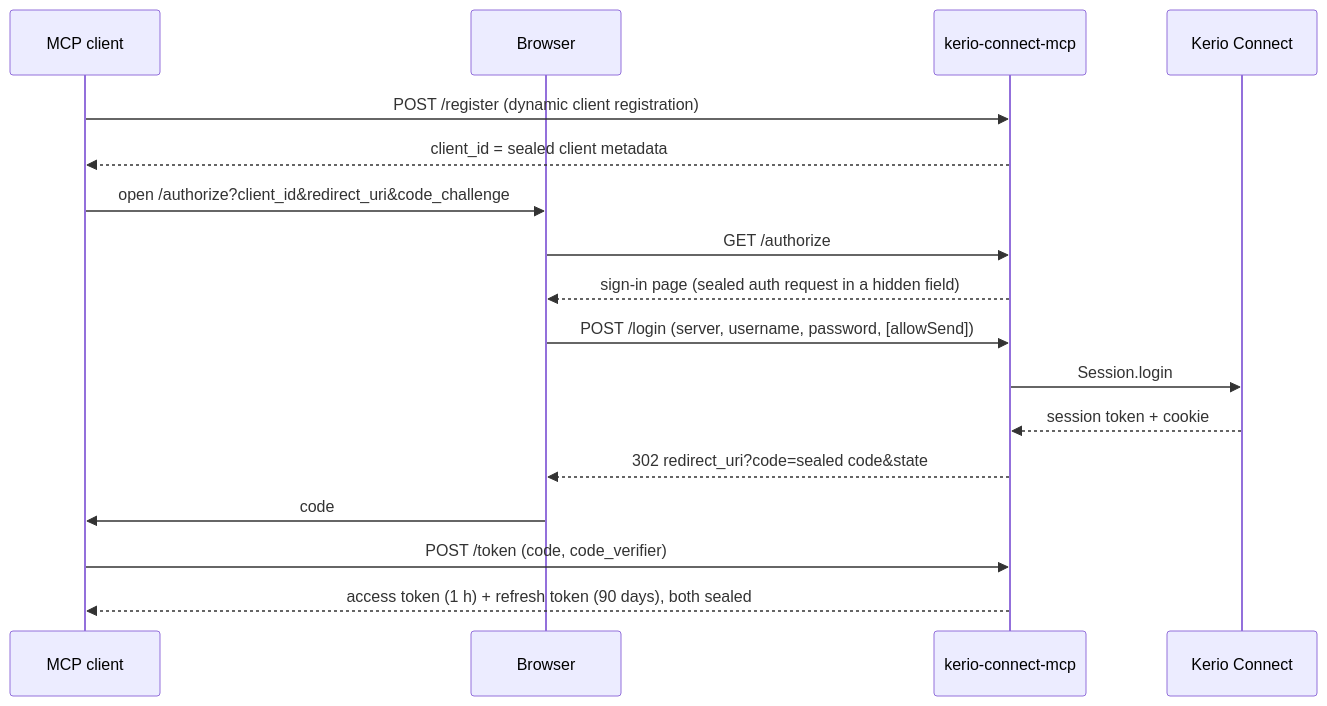
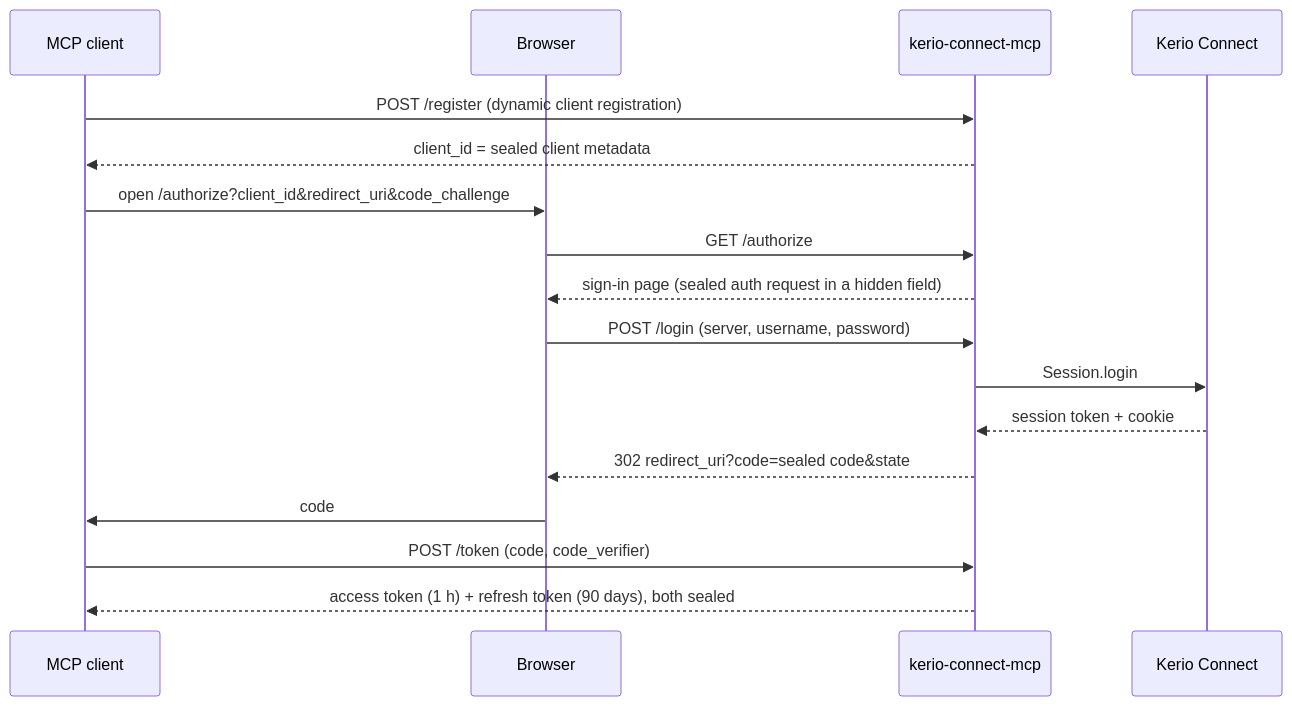
One commit to kostejnv/kerio-connect-mcp changed the second of 2 diagrams in docs/architecture.md. Above: the diagram before and after it, drawn with Mermaid. The commit also changed other lines of this file and 33 other files, not shown here.

````diff
--- a/docs/architecture.md
+++ b/docs/architecture.md
@@ -59,20 +60,20 @@
 ```mermaid
 sequenceDiagram
     participant C as MCP client
     participant B as Browser
     participant S as kerio-connect-mcp
     participant K as Kerio Connect
 
     C->>S: POST /register (dynamic client registration)
     S-->>C: client_id = sealed client metadata
     C->>B: open /authorize?client_id&redirect_uri&code_challenge
     B->>S: GET /authorize
     S-->>B: sign-in page (sealed auth request in a hidden field)
-    B->>S: POST /login (server, username, password, [allowSend])
+    B->>S: POST /login (server, username, password)
     S->>K: Session.login
     K-->>S: session token + cookie
     S-->>B: 302 redirect_uri?code=sealed code&state
     B->>C: code
     C->>S: POST /token (code, code_verifier)
     S-->>C: access token (1 h) + refresh token (90 days), both sealed
 ```
````
